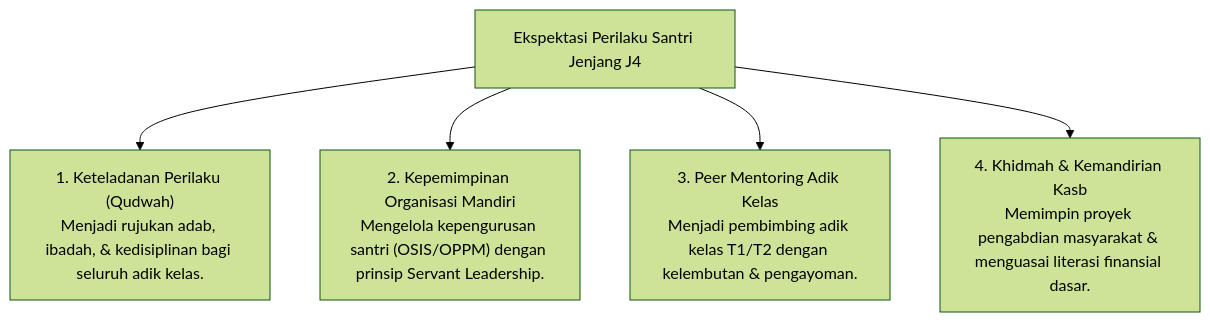
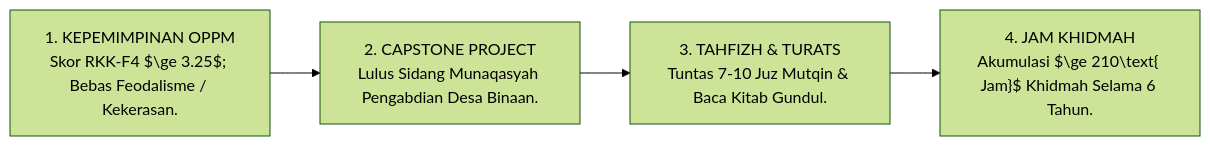
The seventh of 7 diagrams in 04 Progression Framework/02 Development Levels/P4-02-04-Jenjang-J4-Kemandirian-dan-Kepemimpinan-Qudwah.md (wandiapriliyandi/tumbuh), drawn with Mermaid (forest theme) before and after one commit. The commit also changed other lines of this file and 7 other files, not shown here.

````diff
--- a/04 Progression Framework/02 Development Levels/P4-02-04-Jenjang-J4-Kemandirian-dan-Kepemimpinan-Qudwah.md
+++ b/04 Progression Framework/02 Development Levels/P4-02-04-Jenjang-J4-Kemandirian-dan-Kepemimpinan-Qudwah.md
@@ -20,8 +195,7 @@
 ```mermaid
-graph TD
-    T4_Expect["Ekspektasi Perilaku Santri Jenjang J4"]
-    T4_Expect --> Qudwah4["1. Keteladanan Perilaku (Qudwah)<br/>Menjadi rujukan adab, ibadah, & kedisiplinan bagi seluruh adik kelas."]
-    T4_Expect --> Organ4["2. Kepemimpinan Organisasi Mandiri<br/>Mengelola kepengurusan santri (OSIS/OPPM) dengan prinsip Servant Leadership."]
-    T4_Expect --> Mentoring4["3. Peer Mentoring Adik Kelas<br/>Menjadi pembimbing adik kelas T1/T2 dengan kelembutan & pengayoman."]
-    T4_Expect --> Khidmah4["4. Khidmah & Kemandirian Kasb<br/>Memimpin proyek pengabdian masyarakat & menguasai literasi finansial dasar."]
+flowchart LR
+    G1["1. KEPEMIMPINAN OPPM<br/>Skor RKK-F4 $\ge 3.25$; Bebas Feodalisme / Kekerasan."]
+    --> G2["2. CAPSTONE PROJECT<br/>Lulus Sidang Munaqasyah Pengabdian Desa Binaan."]
+    --> G3["3. TAHFIZH & TURATS<br/>Tuntas 7-10 Juz Mutqin & Baca Kitab Gundul."]
+    --> G4["4. JAM KHIDMAH<br/>Akumulasi $\ge 210\text{ Jam}$ Khidmah Selama 6 Tahun."]
 ```
````
